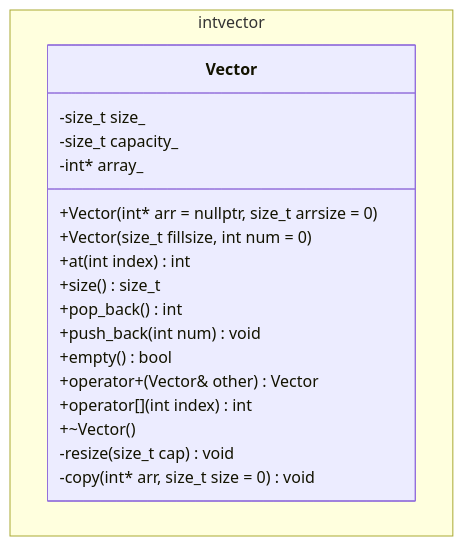
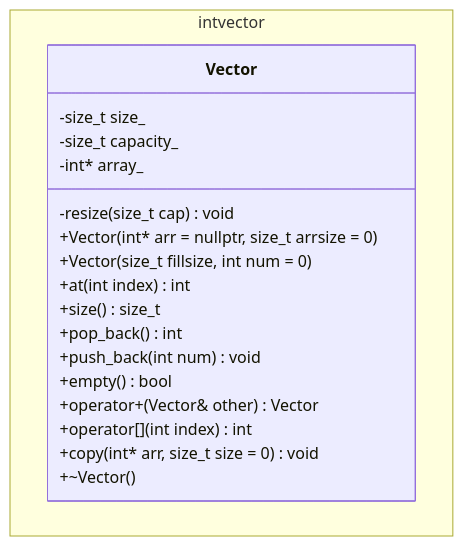
The diagram in README.md (JSHaberl/cpp_IntVector), drawn with Mermaid before and after one commit. The commit also changed 1 other file, not shown here.

Commit message:
Changed copy to be a public methode and mirrored change in README

````diff
--- a/README.md
+++ b/README.md
@@ -1,22 +1,22 @@
 ```mermaid
 classDiagram
     namespace intvector {
         class Vector {
             -size_t size_
             -size_t capacity_
             -int* array_
+            -resize(size_t cap) void
             +Vector(int* arr = nullptr, size_t arrsize = 0)
             +Vector(size_t fillsize, int num = 0)
             +at(int index) int
             +size() size_t
             +pop_back() int
             +push_back(int num) void
             +empty() bool
             +operator+(Vector& other) Vector
             +operator[](int index) int
+            +copy(int* arr, size_t size = 0) void
             +~Vector()
-            -resize(size_t cap) void
-            -copy(int* arr, size_t size = 0) void
         }
     }
 ```
````
